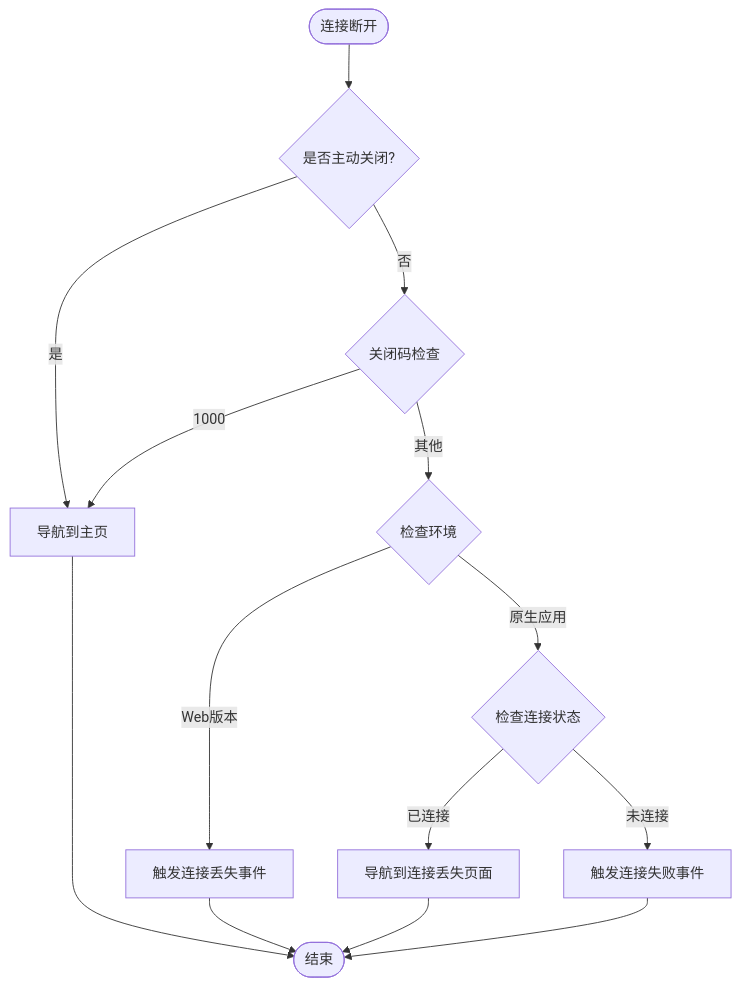
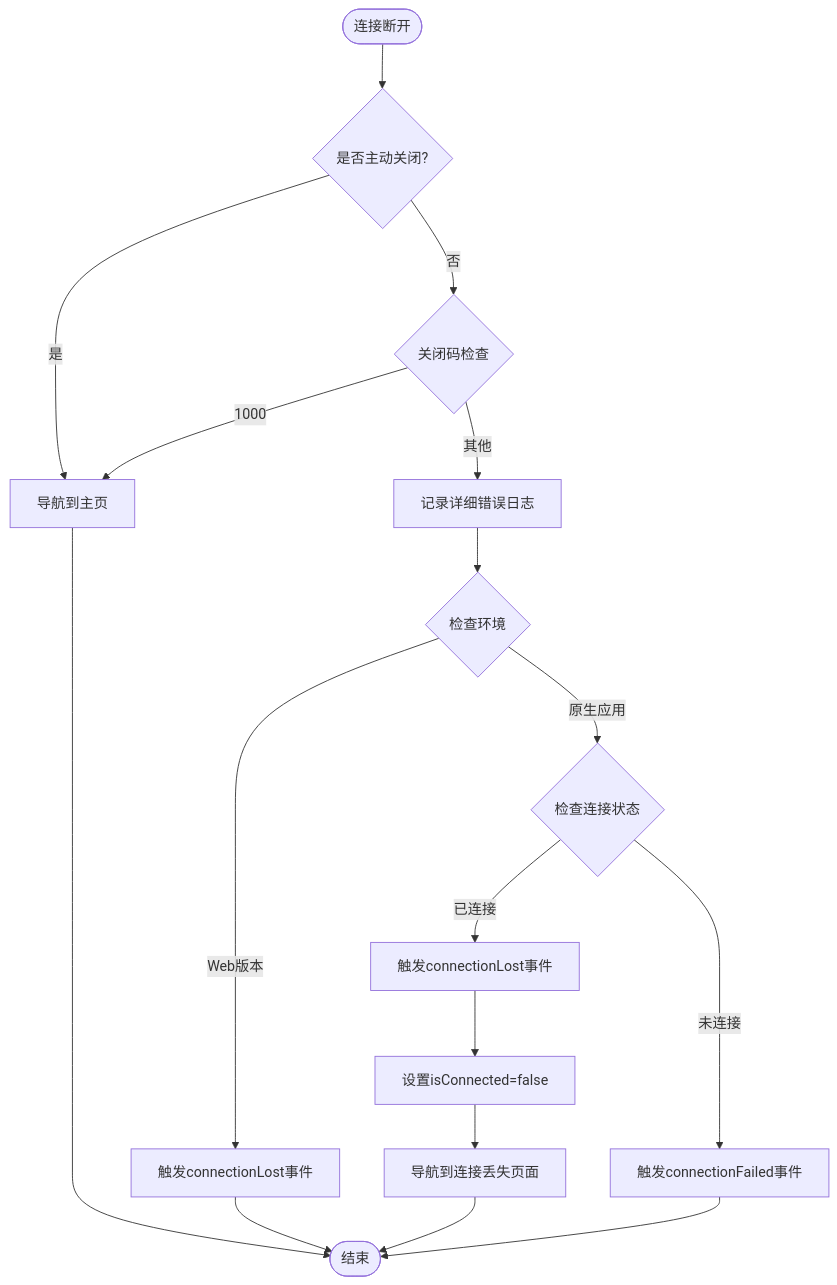
The fourth of 7 diagrams in .qoder/repowiki/zh/content/核心功能模块/WebSocket通信模块.md (tea4go/Macro-Deck-Client-App), drawn with Mermaid before and after one commit. The commit also changed other lines of this file and 45 other files, not shown here.

````diff
--- a/.qoder/repowiki/zh/content/核心功能模块/WebSocket通信模块.md
+++ b/.qoder/repowiki/zh/content/核心功能模块/WebSocket通信模块.md
@@ -371,16 +357,19 @@
 ```mermaid
 flowchart TD
 Start([连接断开]) --> CheckClosing{"是否主动关闭?"}
 CheckClosing --> |是| HomeNav["导航到主页"]
 CheckClosing --> |否| CheckCode{"关闭码检查"}
 CheckCode --> |1000| HomeNav
-CheckCode --> |其他| CheckEnv{"检查环境"}
-CheckEnv --> |Web版本| EmitLost["触发连接丢失事件"]
+CheckCode --> |其他| LogError["记录详细错误日志"]
+LogError --> CheckEnv{"检查环境"}
+CheckEnv --> |Web版本| EmitLost["触发connectionLost事件"]
 CheckEnv --> |原生应用| CheckStatus{"检查连接状态"}
-CheckStatus --> |已连接| LostPage["导航到连接丢失页面"]
-CheckStatus --> |未连接| FailedEvent["触发连接失败事件"]
-EmitLost --> End([结束])
+CheckStatus --> |已连接| EmitNativeLost["触发connectionLost事件"]
+EmitNativeLost --> SetFalse["设置isConnected=false"]
+SetFalse --> LostPage["导航到连接丢失页面"]
+CheckStatus --> |未连接| FailedEvent["触发connectionFailed事件"]
+FailedEvent --> End([结束])
+EmitLost --> End
 LostPage --> End
-FailedEvent --> End
 HomeNav --> End
 ```
````
